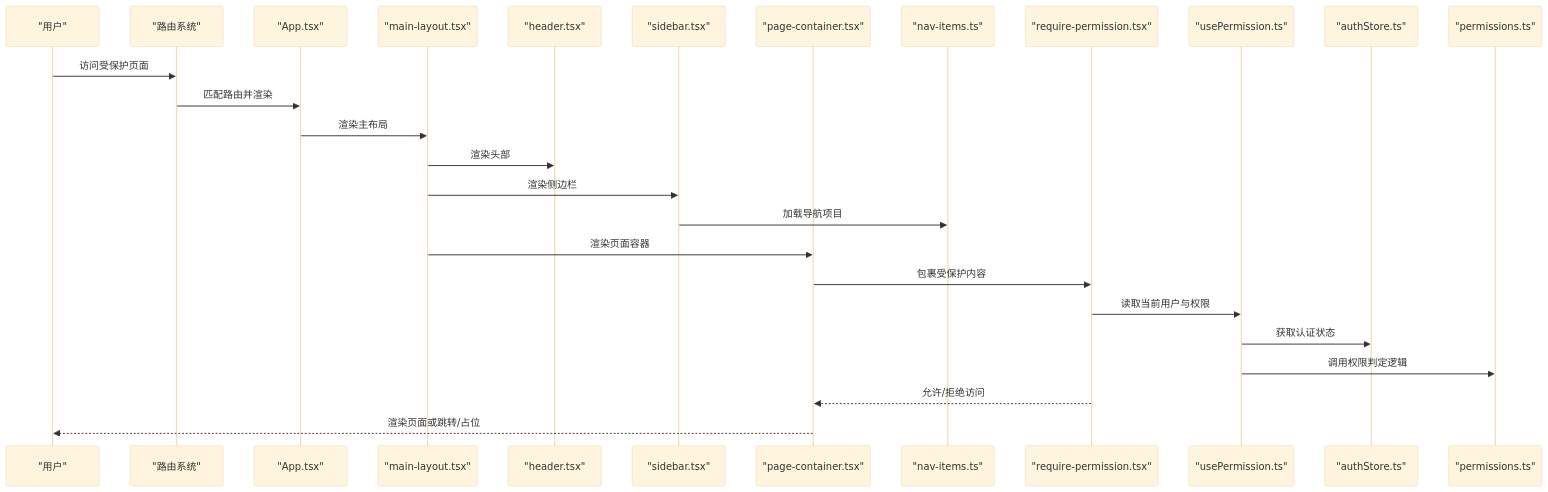
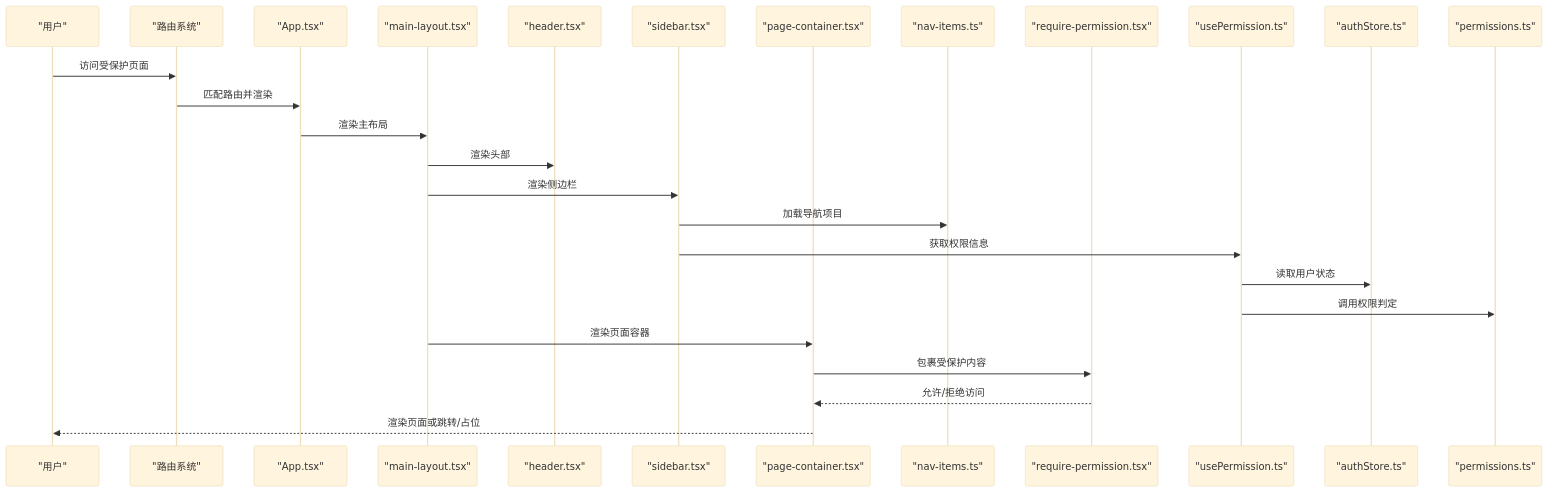
The second of 4 diagrams in .qoder/repowiki/zh/content/架构设计/组件架构/布局组件.md (Damao997/newproject), drawn with Mermaid (base theme) before and after one commit. The commit also changed other lines of this file and 10 other files, not shown here.

````diff
--- a/.qoder/repowiki/zh/content/架构设计/组件架构/布局组件.md
+++ b/.qoder/repowiki/zh/content/架构设计/组件架构/布局组件.md
@@ -126,28 +131,28 @@
 ```mermaid
 sequenceDiagram
 participant U as "用户"
 participant R as "路由系统"
 participant A as "App.tsx"
 participant M as "main-layout.tsx"
 participant H as "header.tsx"
 participant S as "sidebar.tsx"
 participant P as "page-container.tsx"
 participant N as "nav-items.ts"
 participant RP as "require-permission.tsx"
 participant UP as "usePermission.ts"
 participant AS as "authStore.ts"
 participant PL as "permissions.ts"
 U->>R : 访问受保护页面
 R->>A : 匹配路由并渲染
 A->>M : 渲染主布局
 M->>H : 渲染头部
 M->>S : 渲染侧边栏
 S->>N : 加载导航项目
+S->>UP : 获取权限信息
+UP->>AS : 读取用户状态
+UP->>PL : 调用权限判定
 M->>P : 渲染页面容器
 P->>RP : 包裹受保护内容
-RP->>UP : 读取当前用户与权限
-UP->>AS : 获取认证状态
-UP->>PL : 调用权限判定逻辑
 RP-->>P : 允许/拒绝访问
 P-->>U : 渲染页面或跳转/占位
 ```
````
